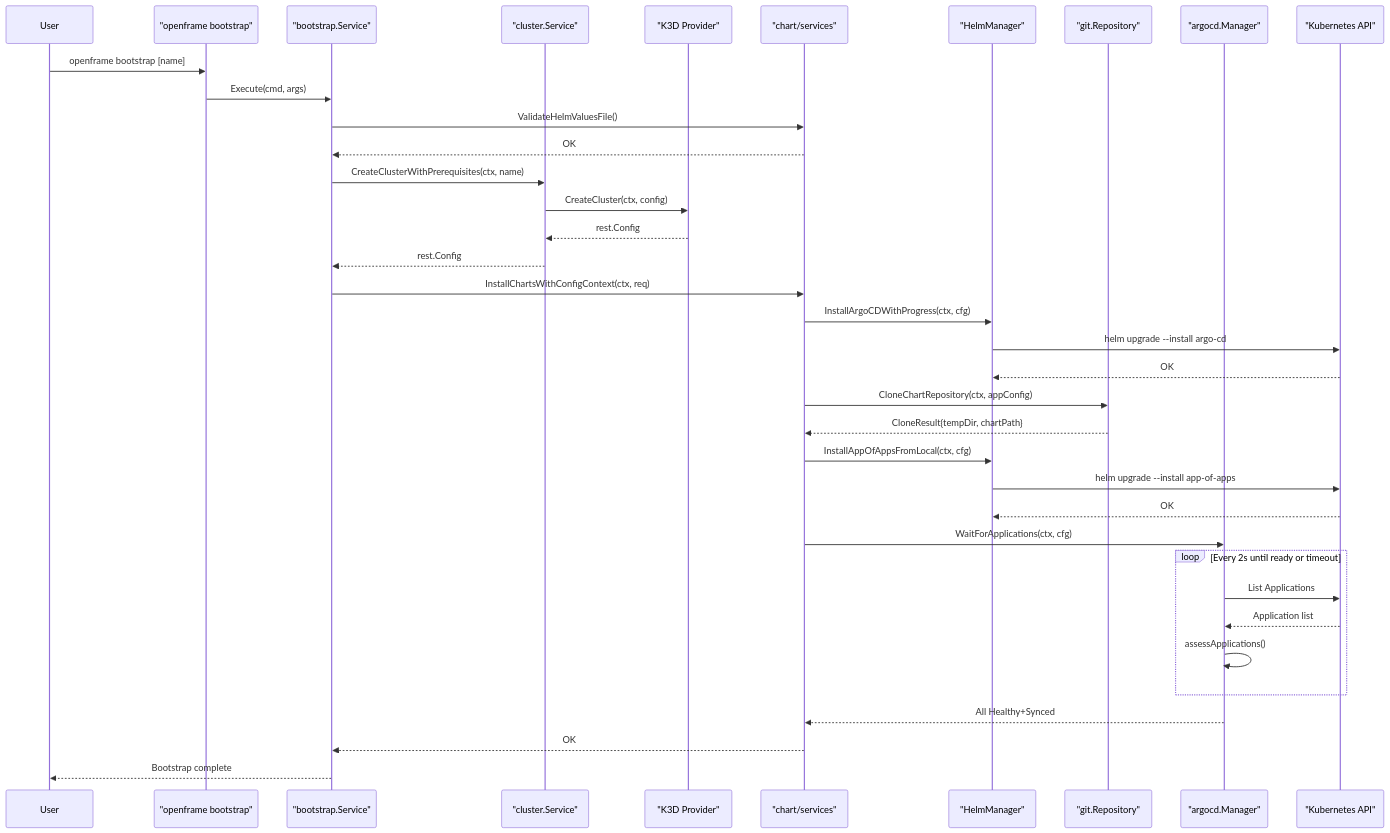
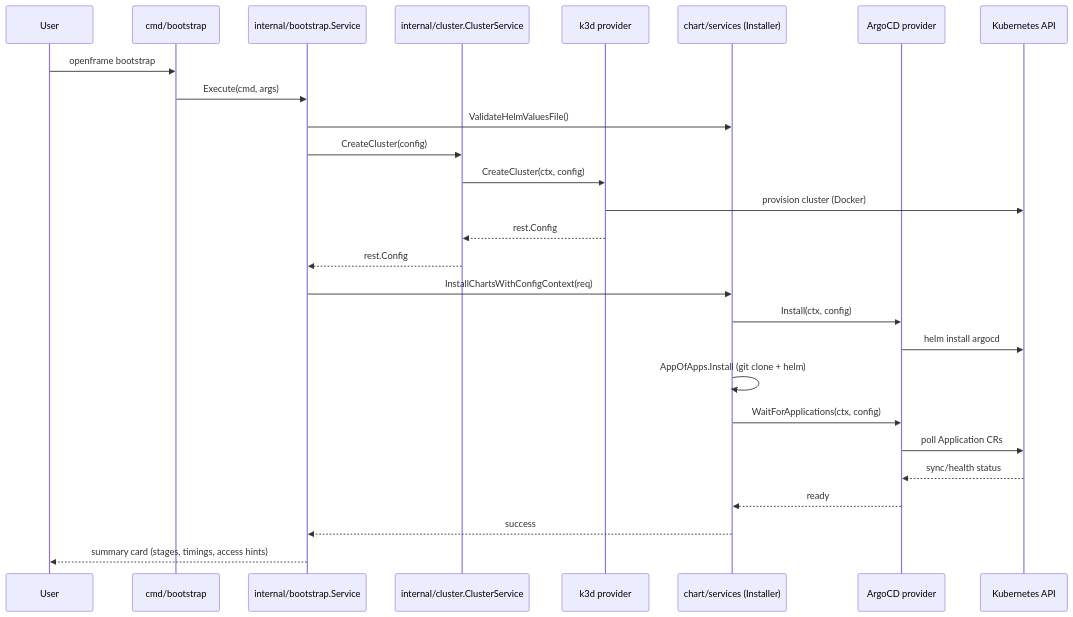
The second of 3 diagrams in docs/development/architecture/README.md (flamingo-stack/openframe-cli), drawn with Mermaid before and after one commit. The commit also changed other lines of this file and 9 other files, not shown here.

````diff
--- a/docs/development/architecture/README.md
+++ b/docs/development/architecture/README.md
@@ -117,46 +100,30 @@
 ```mermaid
 sequenceDiagram
     participant User
-    participant CLI as "openframe bootstrap"
-    participant BSvc as "bootstrap.Service"
-    participant CSvc as "cluster.Service"
-    participant K3D as "K3D Provider"
-    participant ChSvc as "chart/services"
-    participant Helm as "HelmManager"
-    participant Git as "git.Repository"
-    participant ArgoCD as "argocd.Manager"
-    participant K8s as "Kubernetes API"
+    participant CLI as cmd/bootstrap
+    participant Boot as internal/bootstrap.Service
+    participant Cluster as internal/cluster.ClusterService
+    participant K3d as k3d provider
+    participant Chart as chart/services (Installer)
+    participant ArgoCD as ArgoCD provider
+    participant K8s as Kubernetes API
 
-    User->>CLI: openframe bootstrap [name]
-    CLI->>BSvc: Execute(cmd, args)
-    BSvc->>ChSvc: ValidateHelmValuesFile()
-    ChSvc-->>BSvc: OK
-
-    BSvc->>CSvc: CreateClusterWithPrerequisites(ctx, name)
-    CSvc->>K3D: CreateCluster(ctx, config)
-    K3D-->>CSvc: rest.Config
-    CSvc-->>BSvc: rest.Config
-
-    BSvc->>ChSvc: InstallChartsWithConfigContext(ctx, req)
-    ChSvc->>Helm: InstallArgoCDWithProgress(ctx, cfg)
-    Helm->>K8s: helm upgrade --install argo-cd
-    K8s-->>Helm: OK
-
-    ChSvc->>Git: CloneChartRepository(ctx, appConfig)
-    Git-->>ChSvc: CloneResult{tempDir, chartPath}
-
-    ChSvc->>Helm: InstallAppOfAppsFromLocal(ctx, cfg)
-    Helm->>K8s: helm upgrade --install app-of-apps
-    K8s-->>Helm: OK
-
-    ChSvc->>ArgoCD: WaitForApplications(ctx, cfg)
-    loop Every 2s until ready or timeout
-        ArgoCD->>K8s: List Applications
-        K8s-->>ArgoCD: Application list
-        ArgoCD->>ArgoCD: assessApplications()
-    end
-    ArgoCD-->>ChSvc: All Healthy+Synced
-
-    ChSvc-->>BSvc: OK
-    BSvc-->>User: Bootstrap complete
+    User->>CLI: openframe bootstrap
+    CLI->>Boot: Execute(cmd, args)
+    Boot->>Chart: ValidateHelmValuesFile()
+    Boot->>Cluster: CreateCluster(config)
+    Cluster->>K3d: CreateCluster(ctx, config)
+    K3d->>K8s: provision cluster (Docker)
+    K3d-->>Cluster: rest.Config
+    Cluster-->>Boot: rest.Config
+    Boot->>Chart: InstallChartsWithConfigContext(req)
+    Chart->>ArgoCD: Install(ctx, config)
+    ArgoCD->>K8s: helm install argocd
+    Chart->>Chart: AppOfApps.Install (git clone + helm)
+    Chart->>ArgoCD: WaitForApplications(ctx, config)
+    ArgoCD->>K8s: poll Application CRs
+    K8s-->>ArgoCD: sync/health status
+    ArgoCD-->>Chart: ready
+    Chart-->>Boot: success
+    Boot-->>User: summary card (stages, timings, access hints)
 ```
````
